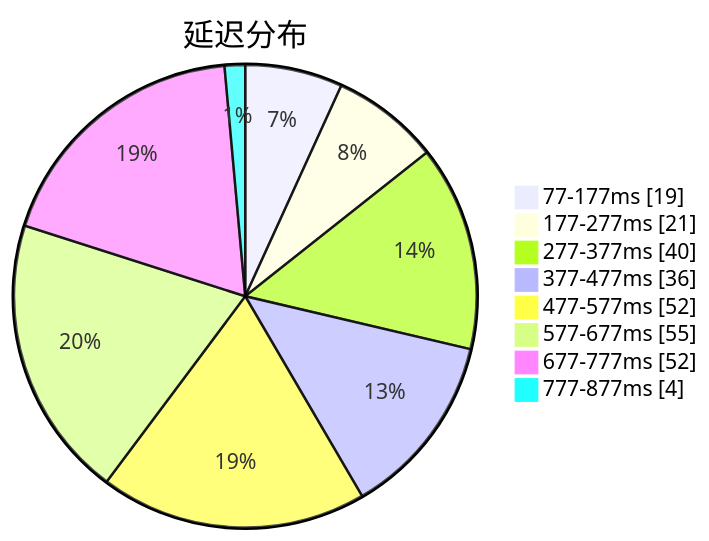
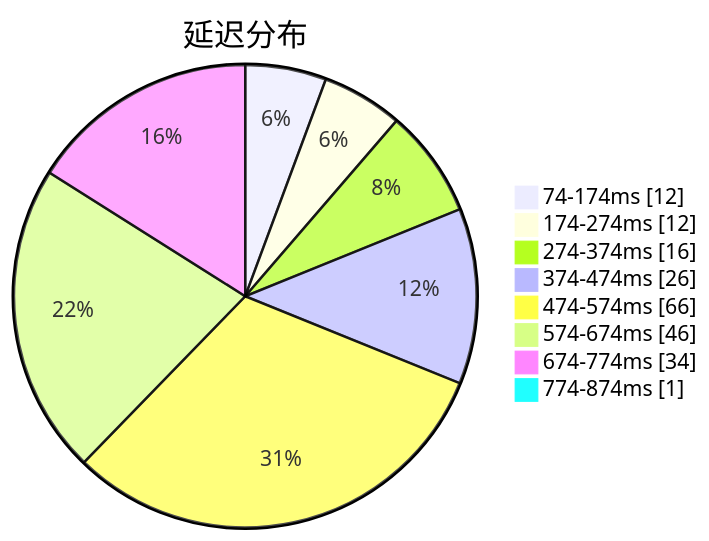
One commit to sinspired/airport changed the first of 3 diagrams in subs/statistics/tested_within.md. Above: the diagram before and after it, drawn with Mermaid. The commit also changed other lines of this file and 2 other files, not shown here.

````diff
--- a/subs/statistics/tested_within.md
+++ b/subs/statistics/tested_within.md
@@ -2,12 +2,12 @@
 ```mermaid
 pie showData
 title 延迟分布
-"77-177ms" : 19
-"177-277ms" : 21
-"277-377ms" : 40
-"377-477ms" : 36
-"477-577ms" : 52
-"577-677ms" : 55
-"677-777ms" : 52
-"777-877ms" : 4
+"74-174ms" : 12
+"174-274ms" : 12
+"274-374ms" : 16
+"374-474ms" : 26
+"474-574ms" : 66
+"574-674ms" : 46
+"674-774ms" : 34
+"774-874ms" : 1
 ```
````
